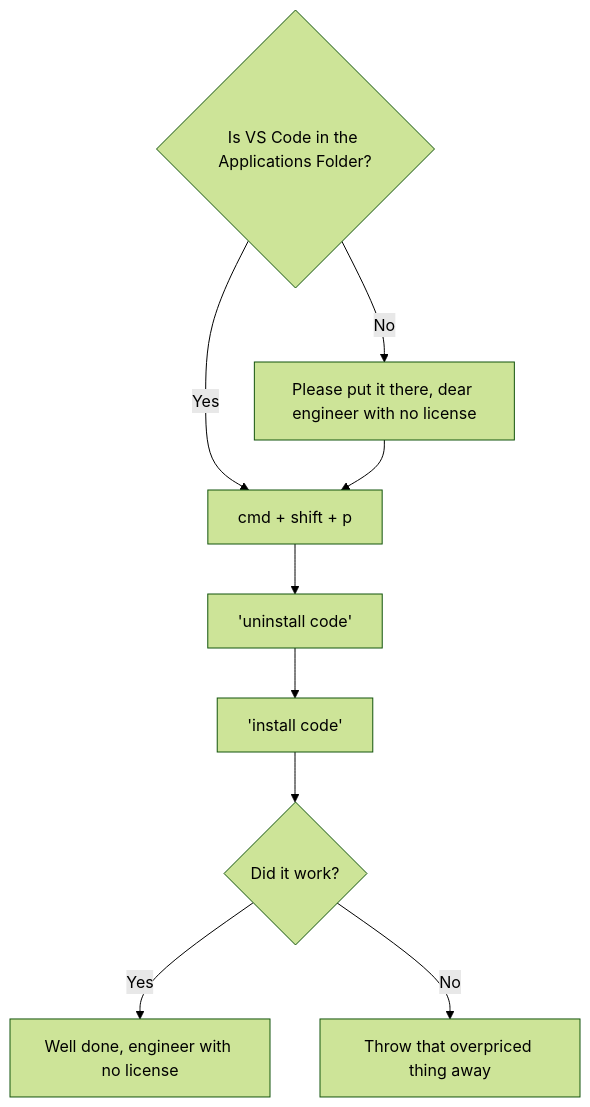
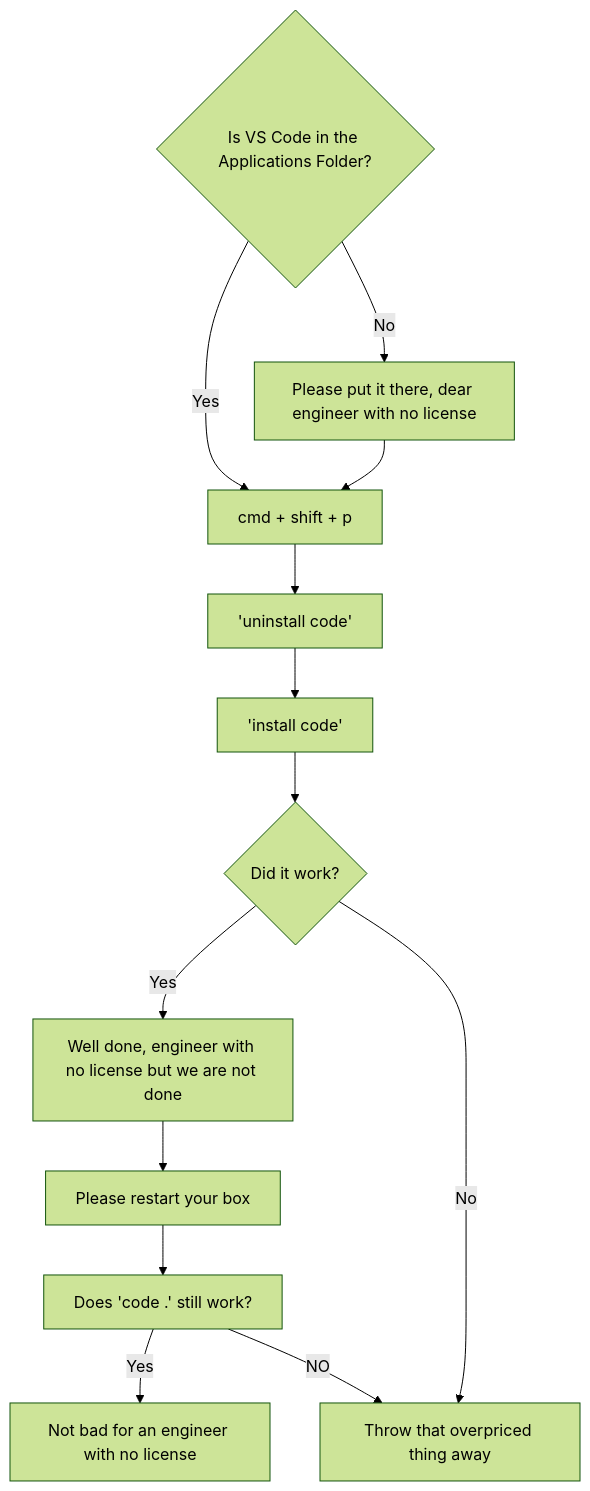
One commit to fzlck/Solution-flowchart changed the diagram in "code ." command is not working.md. Above: the diagram before and after it, drawn with Mermaid (forest theme).

Commit message:
Update "code ." command is not working.md

````diff
--- a/"code ." command is not working.md
+++ b/"code ." command is not working.md
@@ -7,12 +7,16 @@
 ```mermaid
 flowchart TD
     A{Is VS Code in the Applications Folder?}
     A -- Yes --> B[cmd + shift + p]
     A -- No --> C[Please put it there, dear engineer with no license]
     C --> B
     B --> D['uninstall code']
     D --> E['install code']
     E --> F{Did it work?}
-    F -- Yes --> G[Well done, engineer with no license]
+    F -- Yes --> G[Well done, engineer with no license but we are not done]
     F -- No --> h[Throw that overpriced thing away]
+    G --> H[Please restart your box]
+    H --> I[Does 'code .' still work?]
+    I -- Yes --> J[Not bad for an engineer with no license]
+    I -- NO --> h
 ```
````
